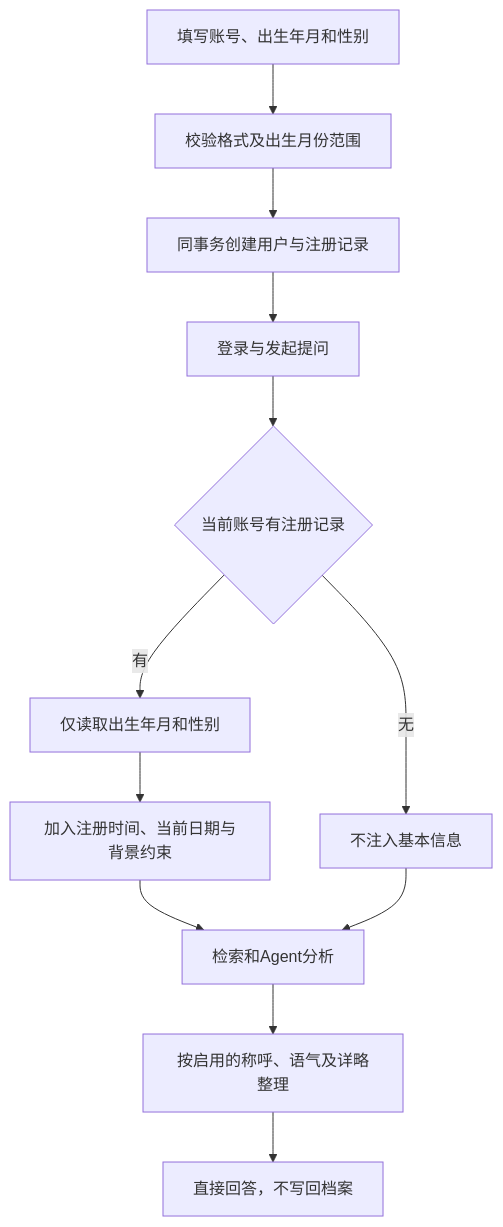
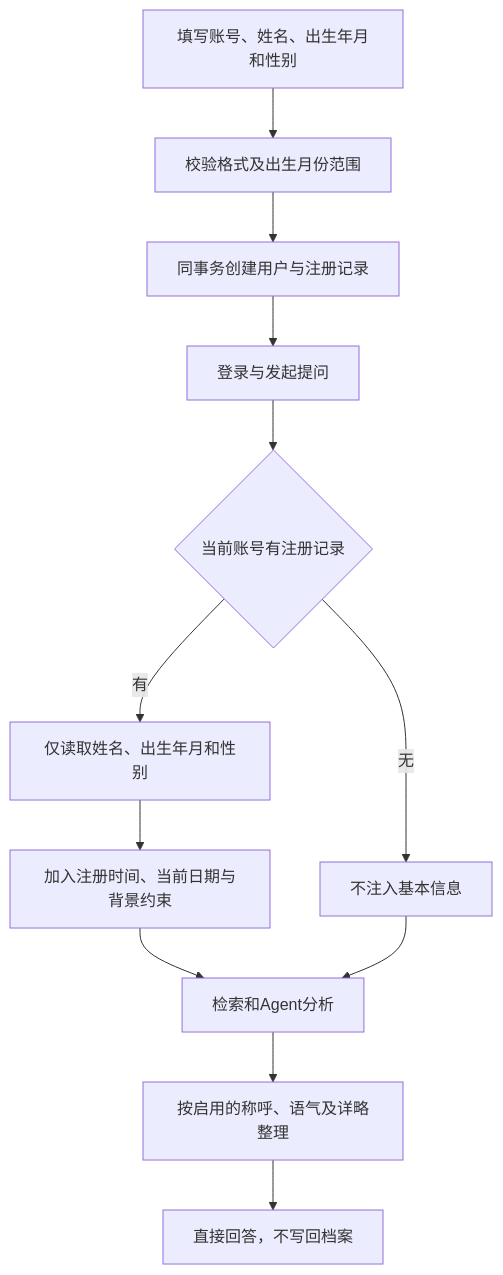
The diagram in docs/PERSONALIZATION-FLOW.md (wuyifan2233/medix-agent-swarm-20261028), drawn with Mermaid before and after one commit. The commit also changed other lines of this file and 9 other files, not shown here.

````diff
--- a/docs/PERSONALIZATION-FLOW.md
+++ b/docs/PERSONALIZATION-FLOW.md
@@ -9,14 +9,14 @@
 ```mermaid
 flowchart TD
-  A[填写账号、出生年月和性别] --> B[校验格式及出生月份范围]
+  A[填写账号、姓名、出生年月和性别] --> B[校验格式及出生月份范围]
   B --> C[同事务创建用户与注册记录]
   C --> D[登录与发起提问]
   D --> E{当前账号有注册记录}
-  E -->|有| F[仅读取出生年月和性别]
+  E -->|有| F[仅读取姓名、出生年月和性别]
   E -->|无| G[不注入基本信息]
   F --> H[加入注册时间、当前日期与背景约束]
   H --> I[检索和Agent分析]
   G --> I
   I --> J[按启用的称呼、语气及详略整理]
   J --> K[直接回答，不写回档案]
 ```
````
